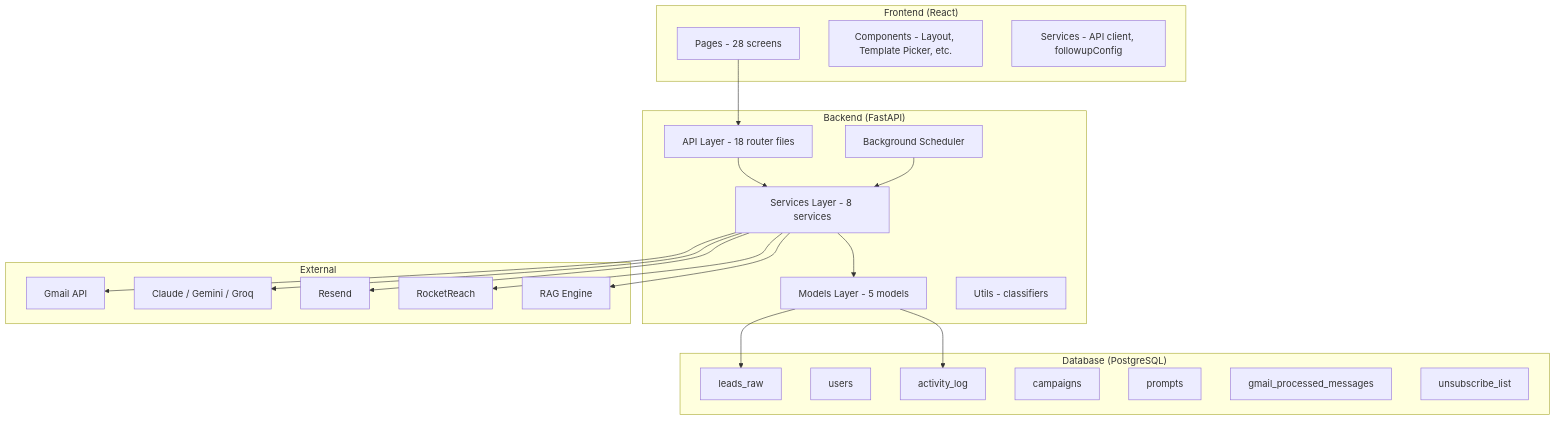
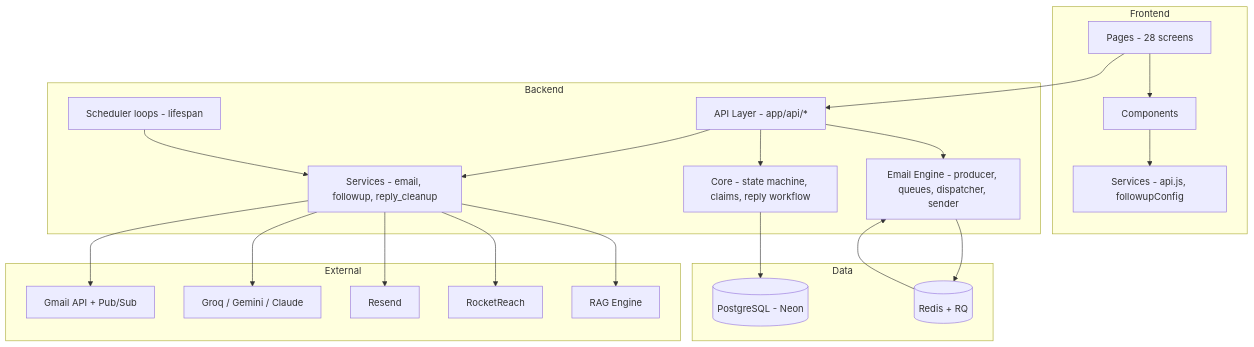
The diagram in project-brain/ARCHITECTURE.md (rajeshqvscl/LeadStreamAI), drawn with Mermaid before and after one commit. The commit also changed other lines of this file and 54 other files, not shown here.

Commit message:
feat: add comprehensive backend infrastructure, security architecture documentation, and test suite with database connection tracking

````diff
--- a/project-brain/ARCHITECTURE.md
+++ b/project-brain/ARCHITECTURE.md
@@ -21,46 +63,42 @@
 ```mermaid
 graph TB
-    subgraph "Frontend (React)"
-        P[Pages - 28 screens]
-        C[Components - Layout, Template Picker, etc.]
-        S[Services - API client, followupConfig]
+    subgraph Frontend
+        P[Pages - 28 screens] --> C[Components]
+        C --> S[Services - api.js, followupConfig]
     end
 
-    subgraph "Backend (FastAPI)"
-        API[API Layer - 18 router files]
-        SVC[Services Layer - 8 services]
-        MOD[Models Layer - 5 models]
-        UTIL[Utils - classifiers]
-        SCH[Background Scheduler]
+    subgraph Backend
+        API[API Layer - app/api/*]
+        SVC[Services - email, followup, reply_cleanup]
+        CORE[Core - state machine, claims, reply workflow]
+        ENG[Email Engine - producer, queues, dispatcher, sender]
+        SCH[Scheduler loops - lifespan]
     end
 
-    subgraph "Database (PostgreSQL)"
-        LR[leads_raw]
-        US[users]
-        AL[activity_log]
-        CP[campaigns]
-        PR[prompts]
-        GM[gmail_processed_messages]
-        UL[unsubscribe_list]
+    subgraph Data
+        PG[(PostgreSQL - Neon)]
+        RED[(Redis + RQ)]
     end
 
-    subgraph "External"
-        GMAIL[Gmail API]
-        LLM[Claude / Gemini / Groq]
+    subgraph External
+        GMAIL[Gmail API + Pub/Sub]
+        LLM[Groq / Gemini / Claude]
         RESEND[Resend]
         RR[RocketReach]
         RAG[RAG Engine]
     end
 
     P --> API
+    API --> CORE
     API --> SVC
-    SVC --> MOD
+    API --> ENG
     SVC --> LLM
     SVC --> GMAIL
     SVC --> RESEND
     SVC --> RR
     SVC --> RAG
-    MOD --> LR
-    MOD --> AL
+    CORE --> PG
+    ENG --> RED
+    RED --> ENG
     SCH --> SVC
 ```
````
